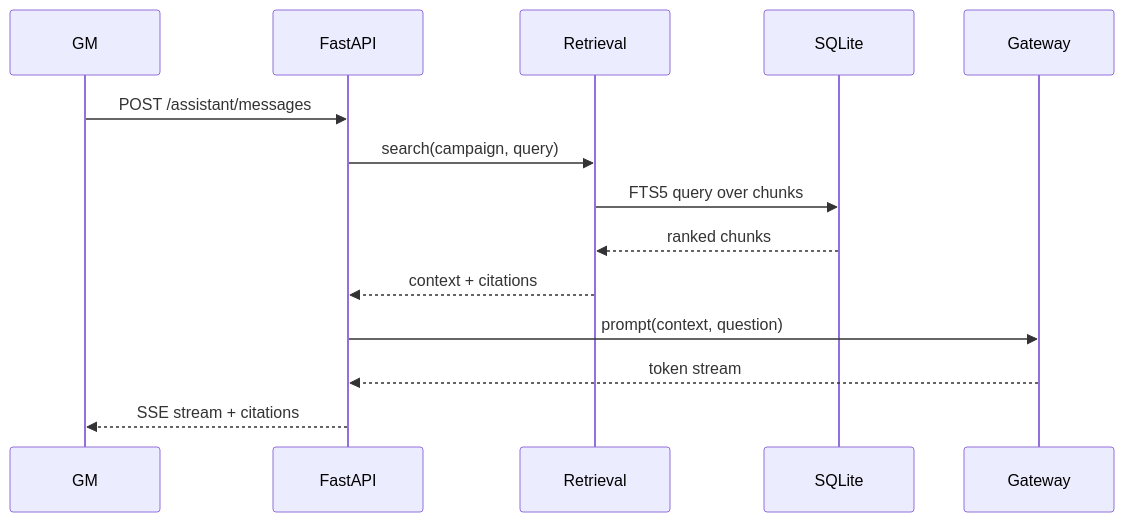
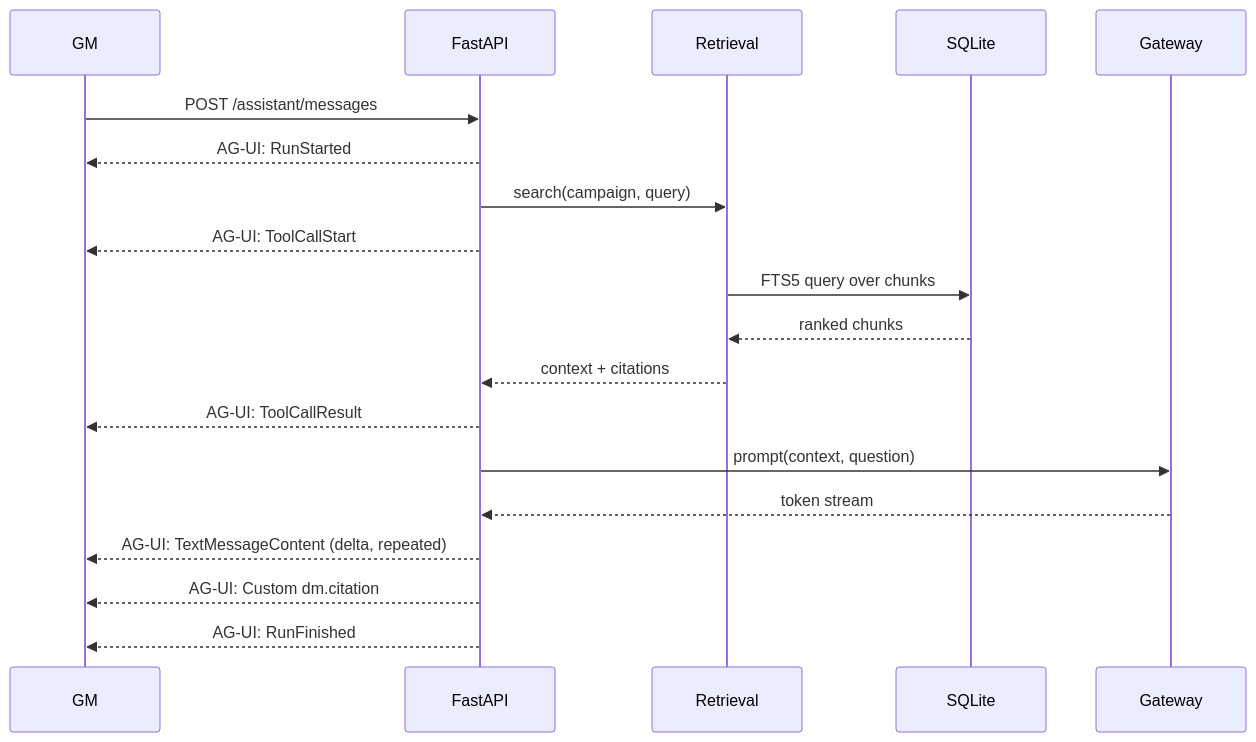
One commit to PiotrMieszczak/dm_assistant changed the third of 4 diagrams in docs/architecture.md. Above: the diagram before and after it, drawn with Mermaid. The commit also changed other lines of this file and 3 other files, not shown here.

First line of the commit message:
Add end-to-end request diagram; record no-agent-framework decision

````diff
--- a/docs/architecture.md
+++ b/docs/architecture.md
@@ -135,17 +136,22 @@
 ```mermaid
 sequenceDiagram
     participant U as GM
     participant API as FastAPI
     participant R as Retrieval
     participant DB as SQLite
     participant GW as Gateway
 
     U->>API: POST /assistant/messages
+    API-->>U: AG-UI: RunStarted
     API->>R: search(campaign, query)
+    API-->>U: AG-UI: ToolCallStart
     R->>DB: FTS5 query over chunks
     DB-->>R: ranked chunks
     R-->>API: context + citations
+    API-->>U: AG-UI: ToolCallResult
     API->>GW: prompt(context, question)
     GW-->>API: token stream
-    API-->>U: SSE stream + citations
+    API-->>U: AG-UI: TextMessageContent (delta, repeated)
+    API-->>U: AG-UI: Custom dm.citation
+    API-->>U: AG-UI: RunFinished
 ```
````
